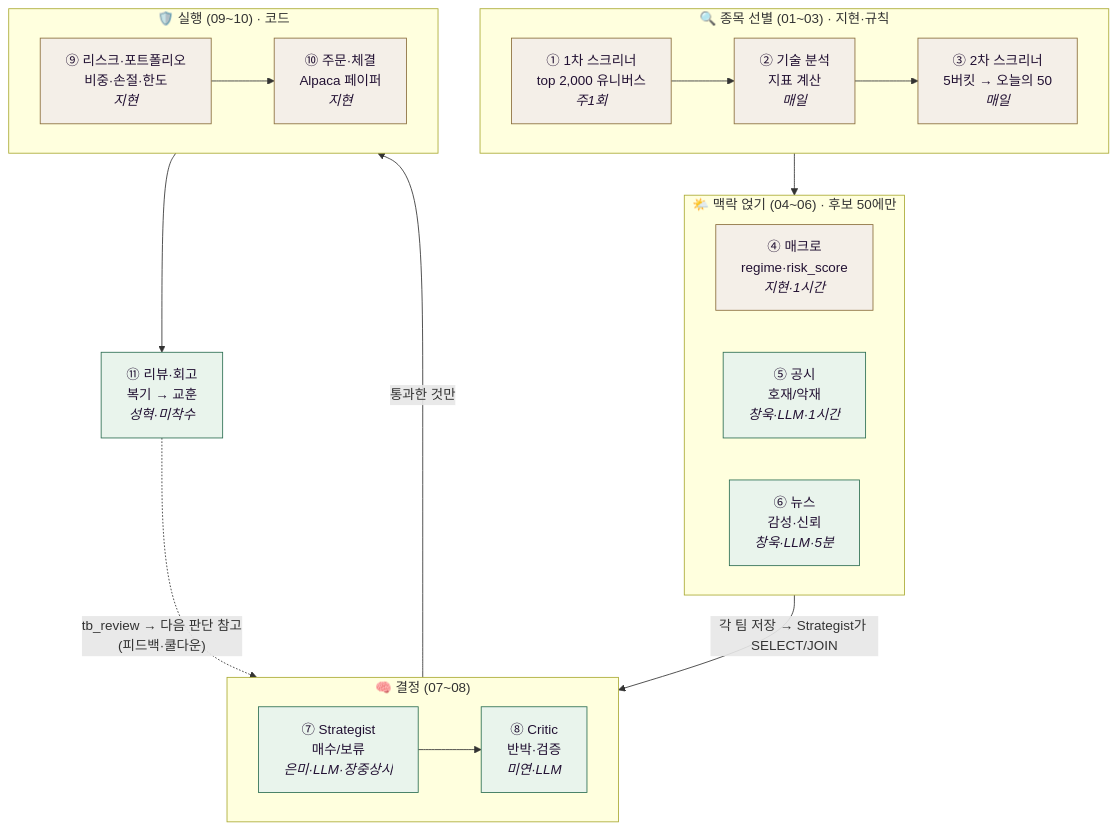
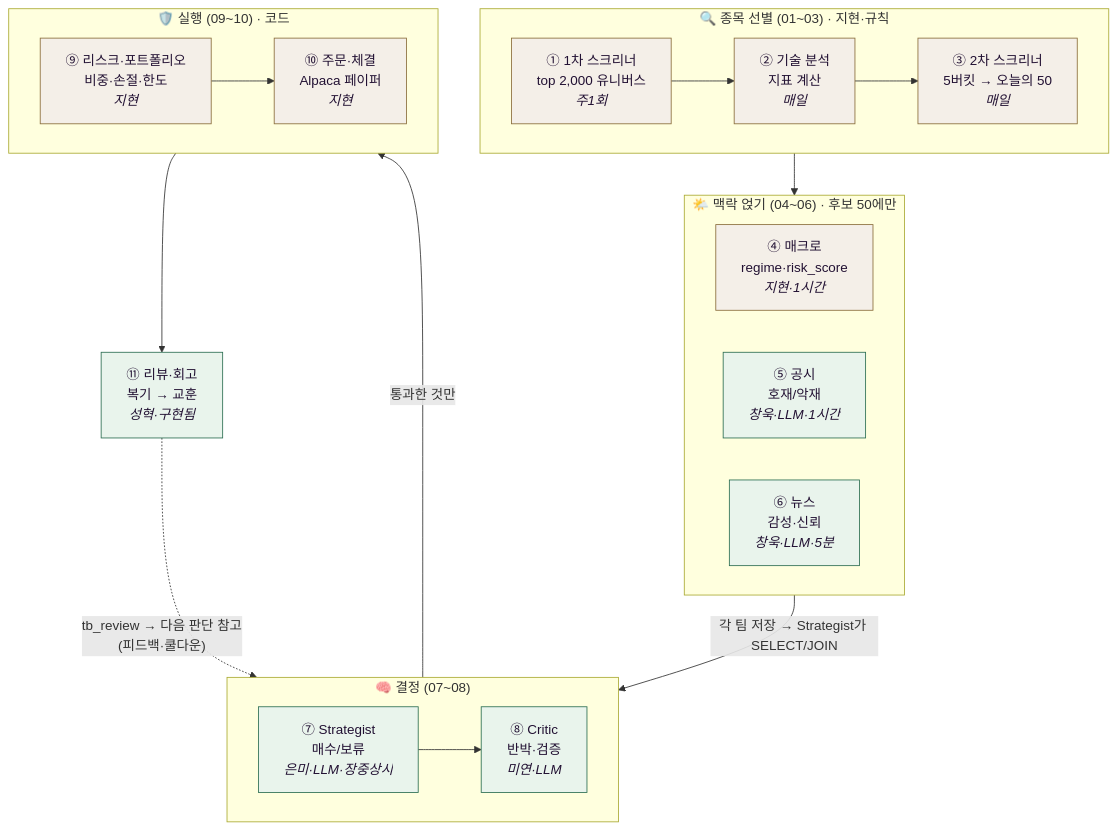
Before and after one commit to jaymunsh/quantinue-wiki: the first of 3 diagrams in documents/facts/파이프라인.md, drawn with Mermaid. The commit also changed other lines of this file and 4 other files, not shown here.

````diff
--- a/documents/facts/파이프라인.md
+++ b/documents/facts/파이프라인.md
@@ -15,37 +15,37 @@
 ```mermaid
 flowchart TB
   subgraph 선별["🔍 종목 선별 (01~03) · 지현·규칙"]
     direction LR
     S1["① 1차 스크리너<br/>top 2,000 유니버스<br/><i>주1회</i>"] --> S2["② 기술 분석<br/>지표 계산<br/><i>매일</i>"]
     S2 --> S3["③ 2차 스크리너<br/>5버킷 → 오늘의 50<br/><i>매일</i>"]
   end
 
   subgraph 얹기["🌤️ 맥락 얹기 (04~06) · 후보 50에만"]
     direction LR
     MA["④ 매크로<br/>regime·risk_score<br/><i>지현·1시간</i>"]
     DI["⑤ 공시<br/>호재/악재<br/><i>창욱·LLM·1시간</i>"]
     NE["⑥ 뉴스<br/>감성·신뢰<br/><i>창욱·LLM·5분</i>"]
   end
 
   S3 --> 얹기
   얹기 -->|"각 팀 저장 → Strategist가 SELECT/JOIN"| ST
 
   subgraph 결정["🧠 결정 (07~08)"]
     direction LR
     ST["⑦ Strategist<br/>매수/보류<br/><i>은미·LLM·장중상시</i>"] --> CR["⑧ Critic<br/>반박·검증<br/><i>미연·LLM</i>"]
   end
 
   subgraph 실행["🛡️ 실행 (09~10) · 코드"]
     direction LR
     RP["⑨ 리스크·포트폴리오<br/>비중·손절·한도<br/><i>지현</i>"] --> OD["⑩ 주문·체결<br/>Alpaca 페이퍼<br/><i>지현</i>"]
   end
 
   CR -->|"통과한 것만"| RP
-  OD --> RV["⑪ 리뷰·회고<br/>복기 → 교훈<br/><i>성혁·미착수</i>"]
+  OD --> RV["⑪ 리뷰·회고<br/>복기 → 교훈<br/><i>성혁·구현됨</i>"]
   RV -.->|"tb_review → 다음 판단 참고<br/>(피드백·쿨다운)"| ST
 
   classDef llm fill:#e9f4ec,stroke:#2C6E52,color:#213
   classDef code fill:#f4efe8,stroke:#8a6d3b,color:#213
   class DI,NE,ST,CR,RV llm
   class S1,S2,S3,MA,RP,OD code
 ```
````
